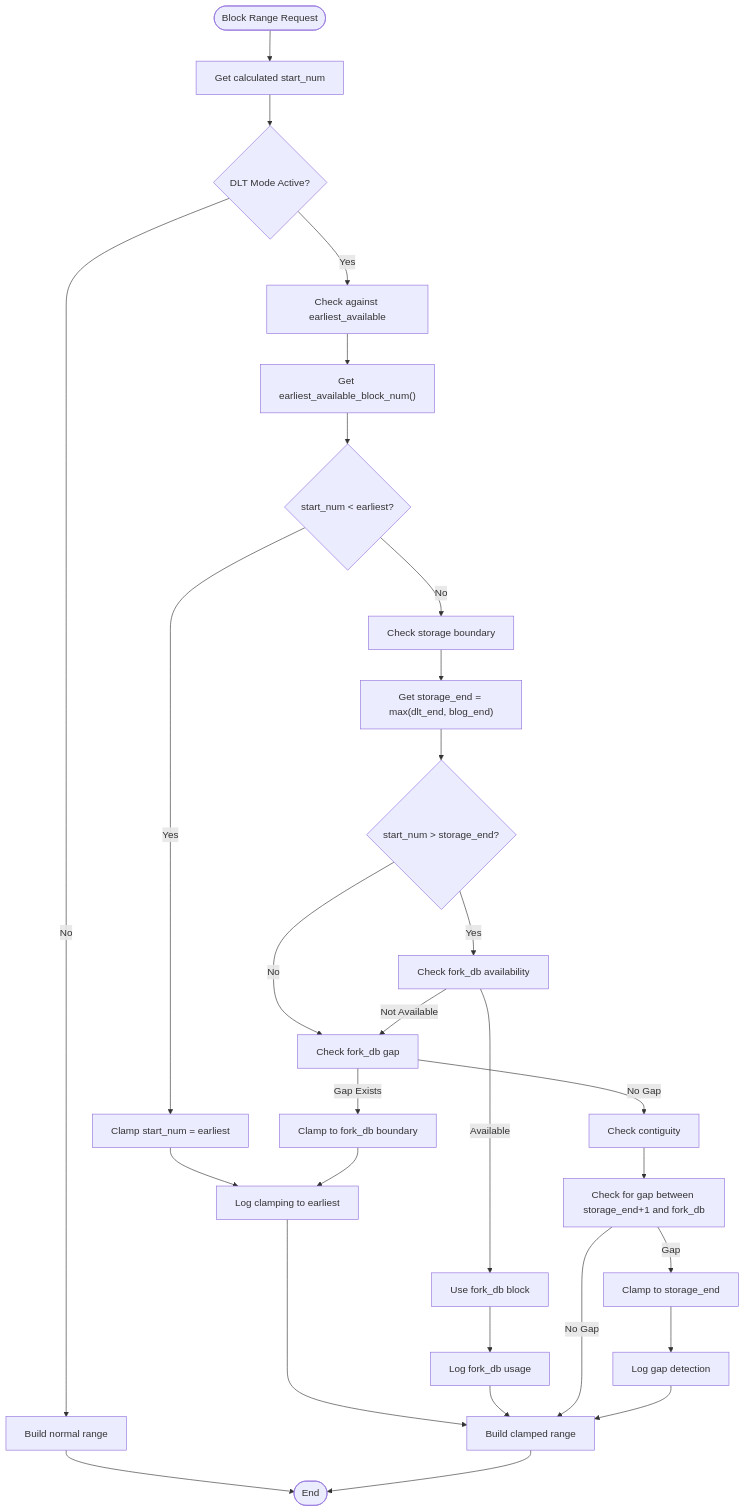
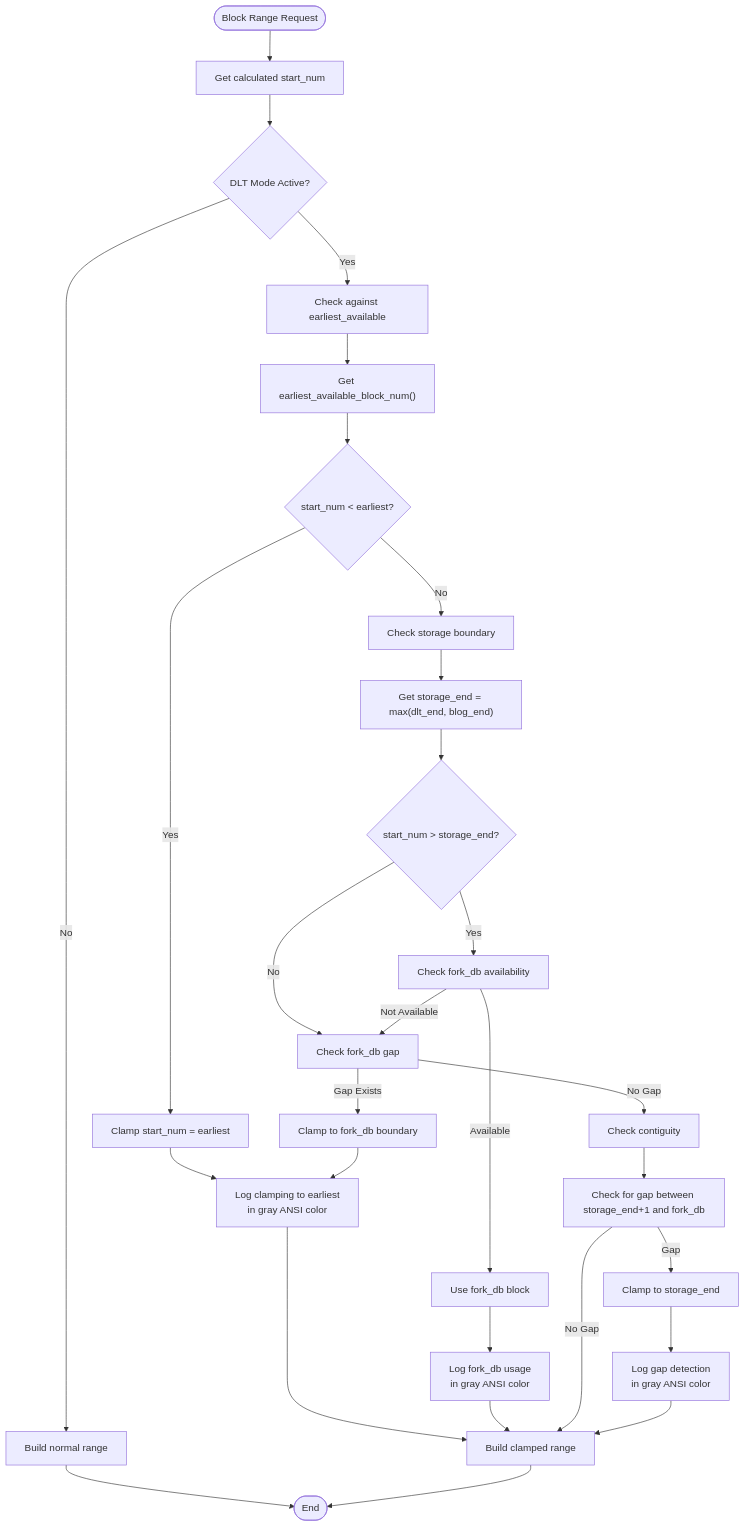
Diagram 15 of 36 in .qoder/repowiki/en/content/P2p Plugin.md (VIZ-Blockchain/viz-cpp-node), drawn with Mermaid before and after one commit. The commit also changed other lines of this file and 3 other files, not shown here.

````diff
--- a/.qoder/repowiki/en/content/P2p Plugin.md
+++ b/.qoder/repowiki/en/content/P2p Plugin.md
@@ -647,31 +662,31 @@
 ```mermaid
 flowchart TD
 Start([Block Range Request]) --> GetStartNum["Get calculated start_num"]
 GetStartNum --> CheckDLTMode{"DLT Mode Active?"}
 CheckDLTMode --> |No| BuildNormalRange["Build normal range"]
 CheckDLTMode --> |Yes| CheckEarliest["Check against earliest_available"]
 CheckEarliest --> GetEarliest["Get earliest_available_block_num()"]
 GetEarliest --> CompareEarliest{"start_num < earliest?"}
 CompareEarliest --> |Yes| ClampToEarliest["Clamp start_num = earliest"]
 CompareEarliest --> |No| CheckStorageBoundary["Check storage boundary"]
 CheckStorageBoundary --> GetStorageEnd["Get storage_end = max(dlt_end, blog_end)"]
 GetStorageEnd --> CompareStorage{"start_num > storage_end?"}
 CompareStorage --> |Yes| CheckForkDB["Check fork_db availability"]
 CompareStorage --> |No| CheckForkDBGap["Check fork_db gap"]
 CheckForkDB --> |Available| UseForkDB["Use fork_db block"]
 CheckForkDB --> |Not Available| CheckForkDBGap
 CheckForkDBGap --> |Gap Exists| ClampToForkDB["Clamp to fork_db boundary"]
 CheckForkDBGap --> |No Gap| CheckContiguous["Check contiguity"]
-ClampToEarliest --> LogClamp["Log clamping to earliest"]
+ClampToEarliest --> LogClamp["Log clamping to earliest<br/>in gray ANSI color"]
 ClampToForkDB --> LogClamp
-UseForkDB --> LogForkDB["Log fork_db usage"]
+UseForkDB --> LogForkDB["Log fork_db usage<br/>in gray ANSI color"]
 LogClamp --> BuildClampedRange["Build clamped range"]
 LogForkDB --> BuildClampedRange
 CheckContiguous --> CheckGap["Check for gap between storage_end+1 and fork_db"]
 CheckGap --> |Gap| ClampToStorageEnd["Clamp to storage_end"]
 CheckGap --> |No Gap| BuildClampedRange
-ClampToStorageEnd --> LogGap["Log gap detection"]
+ClampToStorageEnd --> LogGap["Log gap detection<br/>in gray ANSI color"]
 LogGap --> BuildClampedRange
 BuildNormalRange --> End([End])
 BuildClampedRange --> End
 ```
````
